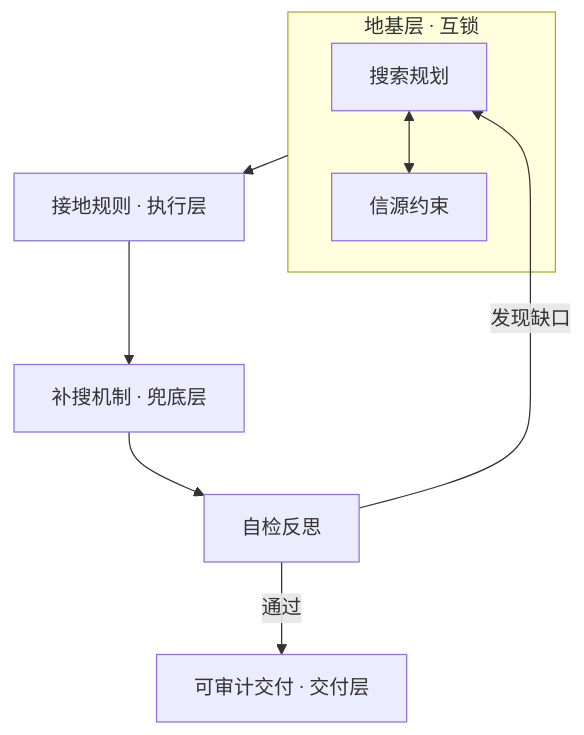
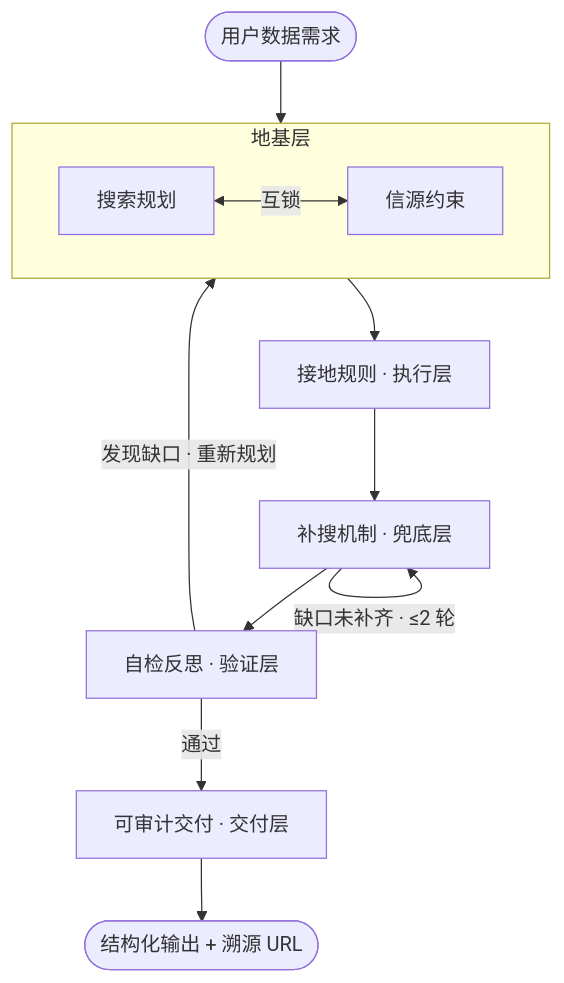
Before and after one commit to paperpoon-lang/trusted-retrieval-skills: the diagram in README.md, drawn with Mermaid.

Commit message:
docs: 优化架构 mermaid 图——补全层级命名、标注补搜轮次上限、加入口/出口节点、修正互锁表达

````diff
--- a/README.md
+++ b/README.md
@@ -22,11 +22,17 @@
 ```mermaid
 flowchart TD
-    subgraph ground["地基层 · 互锁"]
-        A[搜索规划] <--> B[信源约束]
+    Q([用户数据需求]) --> A
+
+    subgraph ground["地基层"]
+        direction LR
+        A[搜索规划] <-->|互锁| B[信源约束]
     end
+
     ground --> C[接地规则 · 执行层]
     C --> D[补搜机制 · 兜底层]
-    D --> E[自检反思]
-    E -->|发现缺口| A
+    D -->|缺口未补齐 · ≤2 轮| D
+    D --> E[自检反思 · 验证层]
+    E -->|发现缺口 · 重新规划| A
     E -->|通过| F[可审计交付 · 交付层]
+    F --> Z([结构化输出 + 溯源 URL])
 ```
````
